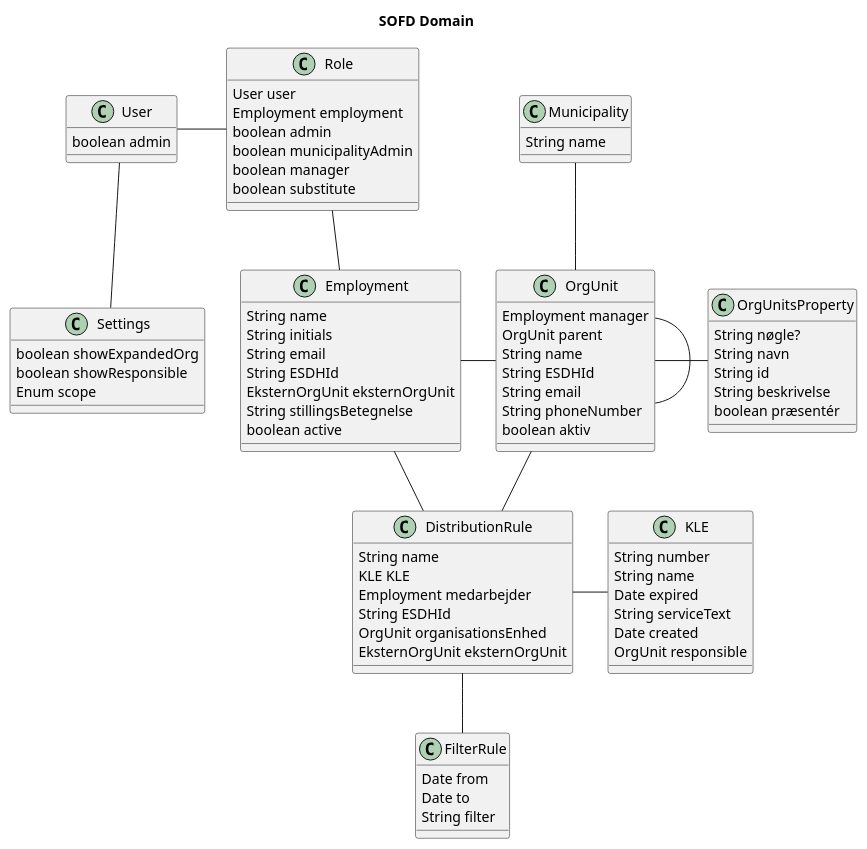
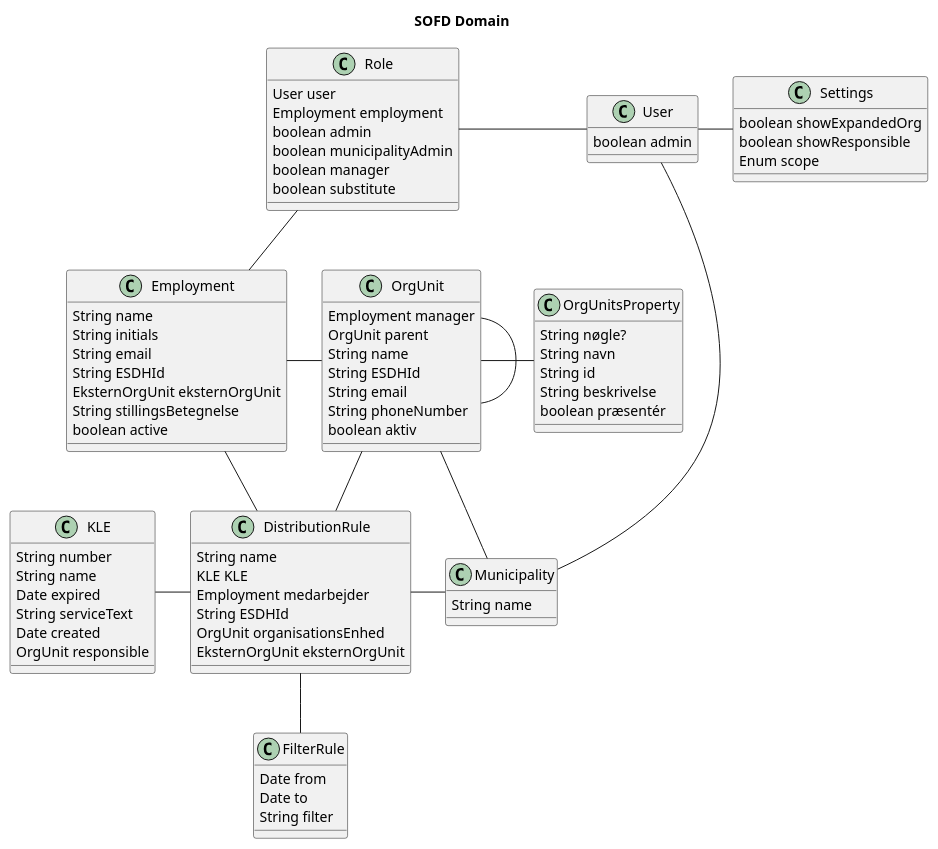
One commit to dibgraversen/os2opgavefordeler changed the diagram in docs/domain.puml. Above: the diagram before and after it, drawn with PlantUML. The commit also changed 24 other files, not shown here.

Commit message:
added municipality to loads of resources for multiple municipalities  and moved org unit endpoint

```diff
--- a/docs/domain.puml
+++ b/docs/domain.puml
@@ -1,92 +1,95 @@
 @startuml
 title SOFD Domain
 
 class User {
   boolean admin
 }
 
 class Role {
   User user
   Employment employment
   boolean admin
   boolean municipalityAdmin
   boolean manager
   boolean substitute
 }
 
 class Municipality {
   String name
 }
 
 class FilterRule {
   Date from
   Date to
   String filter
 }
 
 class KLE {
   String number
   String name
   Date expired
   String serviceText
   Date created
   OrgUnit responsible
 }
 
 class OrgUnitsProperty {
   String nøgle?
   String navn
   String id
   String beskrivelse
   boolean præsentér
 }
 
 class DistributionRule {
   String name
   KLE KLE
   Employment medarbejder
   String ESDHId
   OrgUnit organisationsEnhed
   EksternOrgUnit eksternOrgUnit
 }
 
 class Employment {
   String name
   String initials
   String email
   String ESDHId
   EksternOrgUnit eksternOrgUnit
   String stillingsBetegnelse
   boolean active
 }
 
 class OrgUnit {
   Employment manager
   OrgUnit parent
   String name
   String ESDHId
   String email
   String phoneNumber
   boolean aktiv
-  
+
 }
 
 class Settings {
   boolean showExpandedOrg
   boolean showResponsible
   Enum scope
 }
 
+
 Role -- Employment
-User - Role
-Municipality -- OrgUnit
+Role - User
+User - Settings
+User -- Municipality
+OrgUnit -- Municipality
 OrgUnit - OrgUnit
 OrgUnit - OrgUnitsProperty
 OrgUnit -- DistributionRule
 Employment -- DistributionRule
-DistributionRule - KLE
-User -- Settings
+KLE - DistributionRule
+DistributionRule - Municipality
 Employment - OrgUnit
 DistributionRule -- FilterRule
 
 @enduml
```
